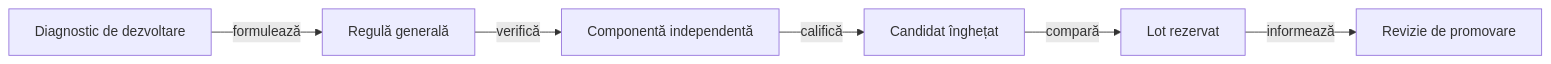
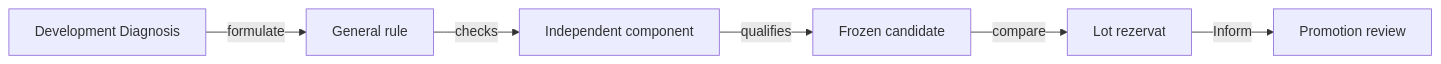
One commit to crististefanita/atf_j4 changed the diagram in docs/learning/README.md. Above: the diagram before and after it, drawn with Mermaid. The commit also changed other lines of this file and 122 other files, not shown here.

````diff
--- a/docs/learning/README.md
+++ b/docs/learning/README.md
@@ -51,8 +51,8 @@
 ```mermaid
 flowchart LR
-    DIAG[Diagnostic de dezvoltare] -->|formulează| RULE[Regulă generală]
-    RULE -->|verifică| TEST[Componentă independentă]
-    TEST -->|califică| FREEZE[Candidat înghețat]
-    FREEZE -->|compară| HELD[Lot rezervat]
-    HELD -->|informează| REVIEW[Revizie de promovare]
+    DIAG[Development Diagnosis] -->|formulate| RULE[General rule]
+    RULE -->|checks| TEST[Independent component]
+    TEST -->|qualifies| FREEZE[Frozen candidate]
+    FREEZE -->|compare| HELD[Lot rezervat]
+    HELD -->|Inform| REVIEW[Promotion review]
 ```
````
